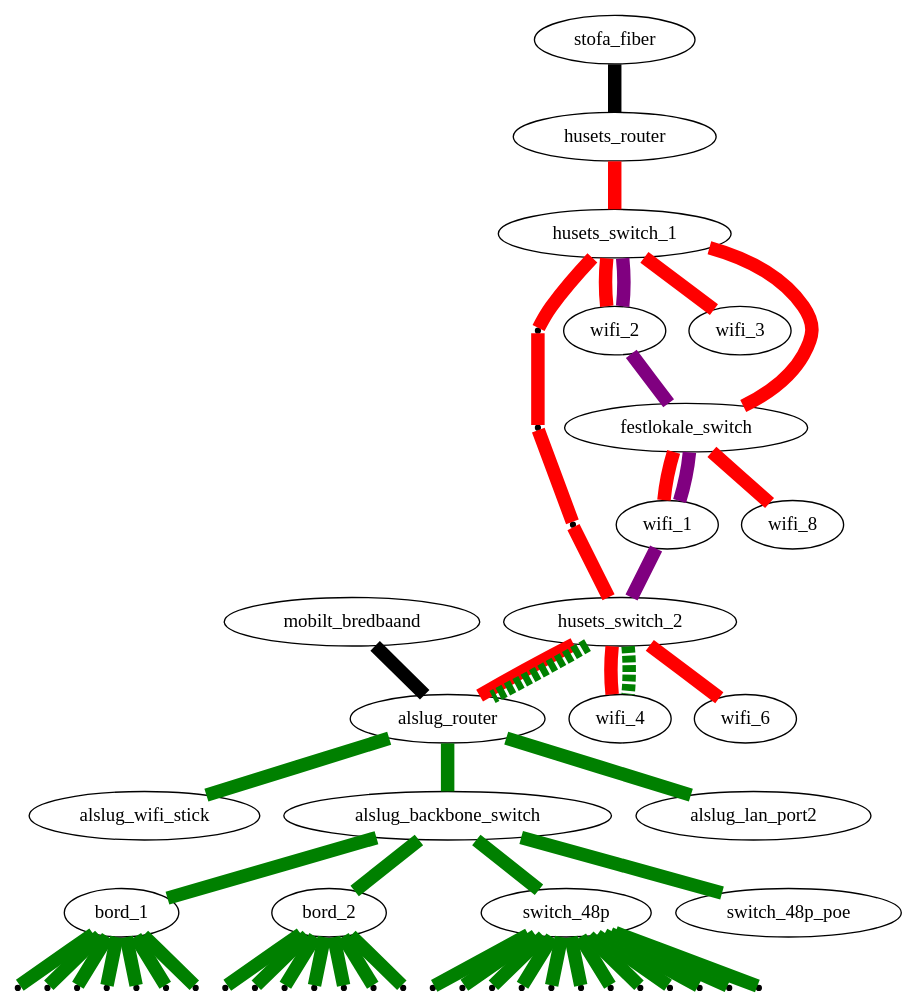
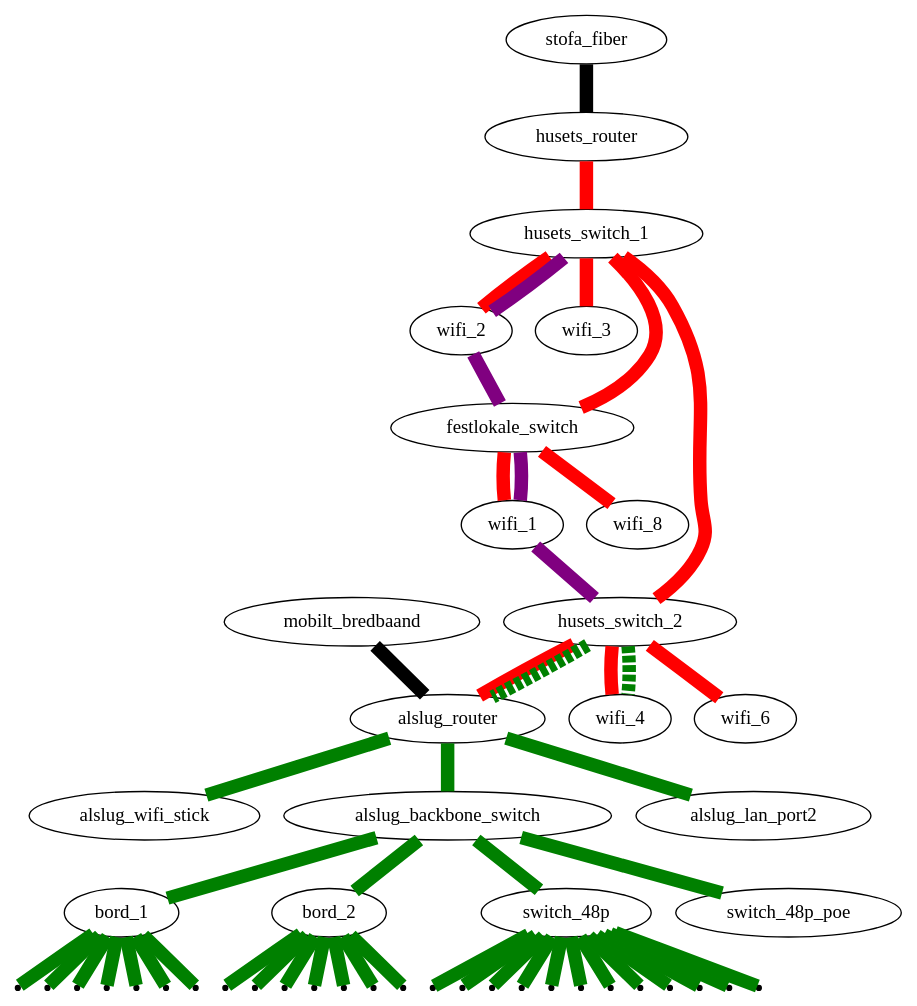
One commit to alslug/alslug.dk changed the diagram in projekter/network.dot. Above: the diagram before and after it, drawn with Graphviz.

```diff
--- a/projekter/network.dot
+++ b/projekter/network.dot
@@ -1,33 +1,34 @@
 digraph xxx {
-  link_12a [ shape=point ];
-  link_12b [ shape=point ];
-  link_12c [ shape=point ];
+#  link_12a [ shape=point ];
+#  link_12b [ shape=point ];
+#  link_12c [ shape=point ];
   edge [ dir=none penwidth=10 ];
   
   // Internet forbindelser
   stofa_fiber      -> husets_router [ fillcolor=black style=filled ];
   mobilt_bredbaand -> alslug_router [ fillcolor=black style=filled ];
   
   // Husets forbindelser
   edge  [ color=red style=solid ];
   husets_router -> husets_switch_1 -> { wifi_2 wifi_3 };
-  husets_switch_1 -> link_12a -> link_12b -> link_12c -> husets_switch_2 -> { wifi_4 wifi_6 alslug_router};
+  husets_switch_1 -> #link_12a -> link_12b -> link_12c -> 
+                                                          husets_switch_2 -> { wifi_4 wifi_6 alslug_router};
   husets_switch_1 -> festlokale_switch -> { wifi_1 wifi_8 };
 
   // VLAN forbindelser over bakkensbros netværk
   edge  [ color=green style=dashed ];
   husets_switch_2 -> { alslug_router wifi_4 };
   
   // Interne forbindelser
   edge [ color=green style=solid ];
   alslug_router -> { alslug_wifi_stick alslug_backbone_switch alslug_lan_port2 };
   alslug_backbone_switch -> { bord_1 bord_2 switch_48p switch_48p_poe }
   
   node [ shape=point ];
   bord_1 -> { bord_1_1 bord_1_2 bord_1_3 bord_1_4 bord_1_5 bord_1_6 bord_1_7 }
   bord_2 -> { bord_2_1 bord_2_2 bord_2_3 bord_2_4 bord_2_5 bord_2_6 bord_2_7 }
   switch_48p -> { switch_48p_1 switch_48p_2 switch_48p_3 switch_48p_4 switch_48p_5 switch_48p_6 switch_48p_7 switch_48p_8 switch_48p_9 switch_48p_10 switch_48p_11 switch_48p_12 }
   
   edge [ color=purple ];
   husets_switch_1 -> wifi_2 -> festlokale_switch -> wifi_1 -> husets_switch_2;
 }
```
